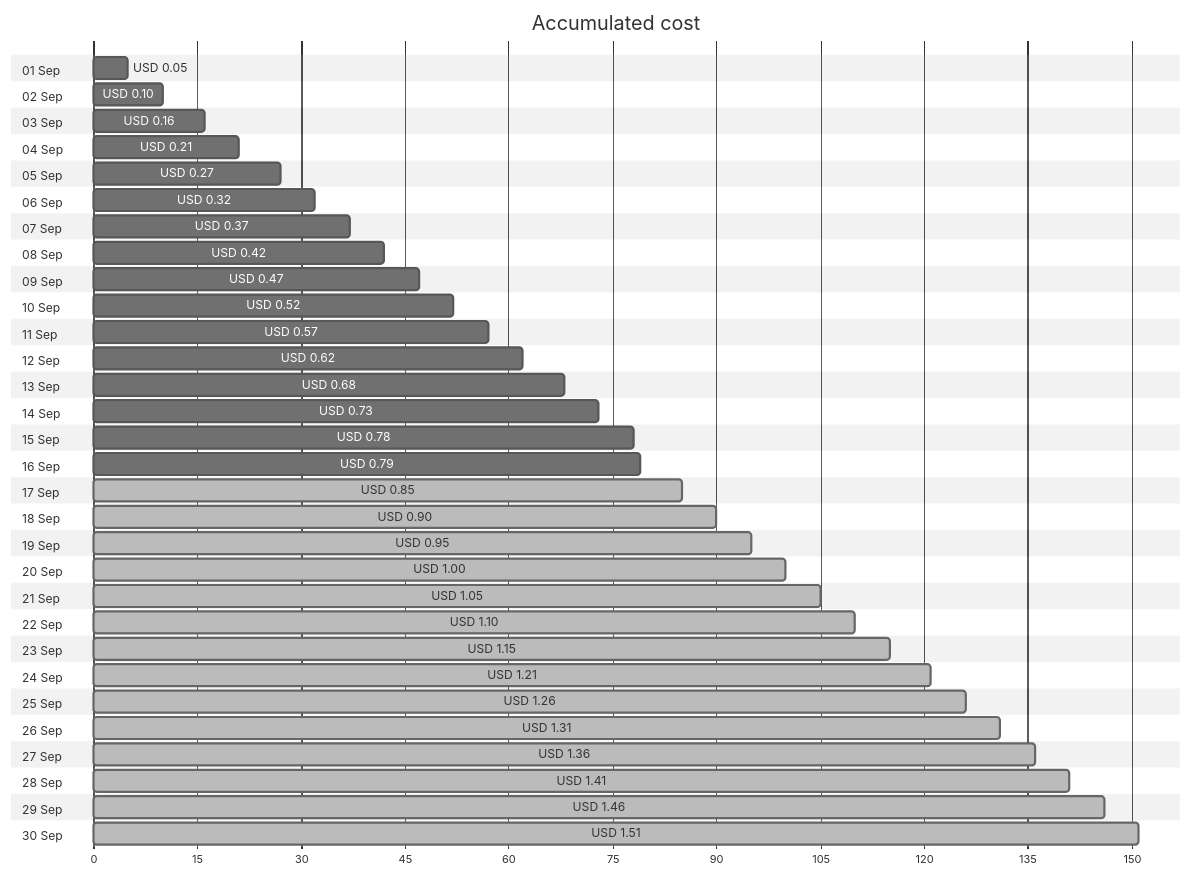
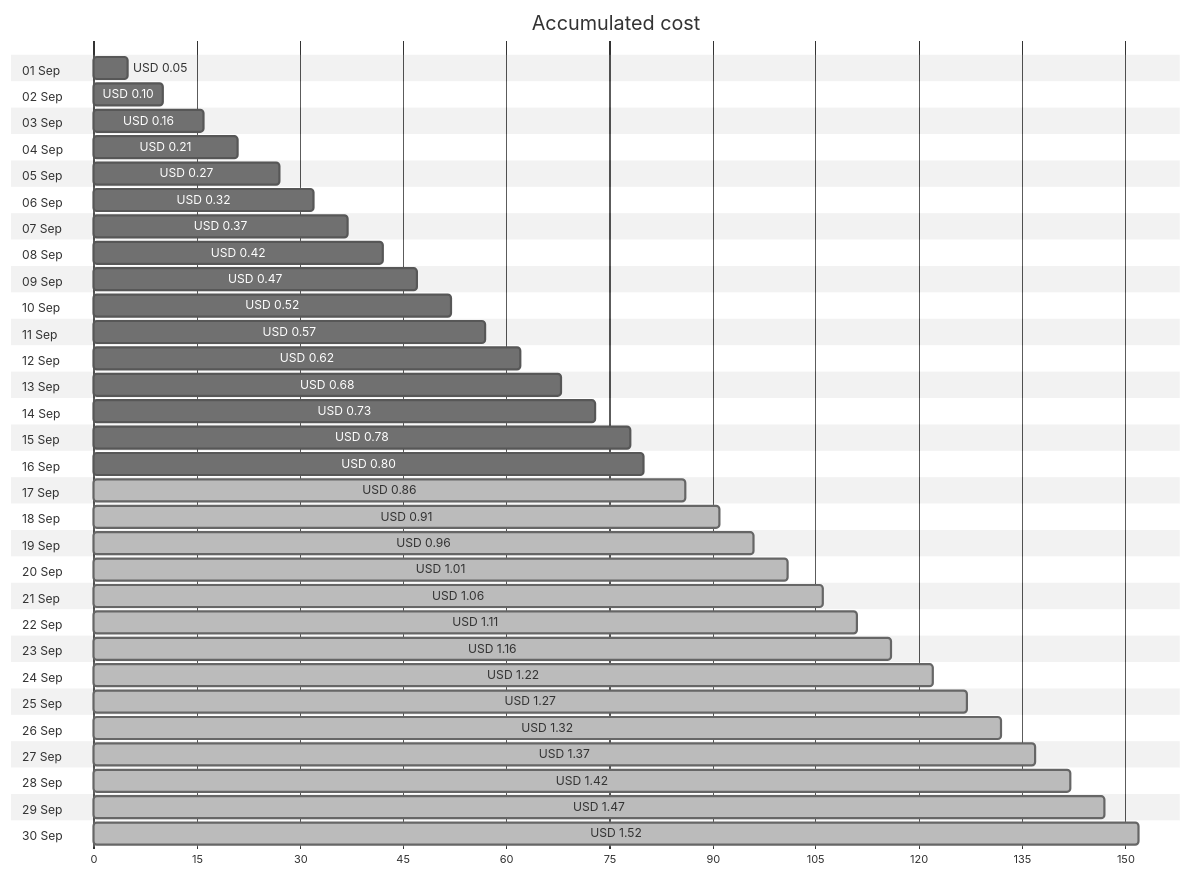
The first of 4 diagrams in cost-reports/personal-network/win-dev_OsDisk.md (jpfulton/azure-personal-reports), drawn with Mermaid (neutral theme) before and after one commit. The commit also changed other lines of this file and 16 other files, not shown here.

````diff
--- a/cost-reports/personal-network/win-dev_OsDisk.md
+++ b/cost-reports/personal-network/win-dev_OsDisk.md
@@ -20,66 +20,66 @@
 ```mermaid
 gantt
    title Accumulated cost
    dateFormat  X
    axisFormat %s
    section 01 Sep
    USD 0.05 :0, 5
    section 02 Sep
    USD 0.10 :0, 10
    section 03 Sep
    USD 0.16 :0, 16
    section 04 Sep
    USD 0.21 :0, 21
    section 05 Sep
    USD 0.27 :0, 27
    section 06 Sep
    USD 0.32 :0, 32
    section 07 Sep
    USD 0.37 :0, 37
    section 08 Sep
    USD 0.42 :0, 42
    section 09 Sep
    USD 0.47 :0, 47
    section 10 Sep
    USD 0.52 :0, 52
    section 11 Sep
    USD 0.57 :0, 57
    section 12 Sep
    USD 0.62 :0, 62
    section 13 Sep
    USD 0.68 :0, 68
    section 14 Sep
    USD 0.73 :0, 73
    section 15 Sep
    USD 0.78 :0, 78
    section 16 Sep
-   USD 0.79 :0, 79
+   USD 0.80 :0, 80
    section 17 Sep
-   USD 0.85 : done, 0, 85
+   USD 0.86 : done, 0, 86
    section 18 Sep
-   USD 0.90 : done, 0, 90
+   USD 0.91 : done, 0, 91
    section 19 Sep
-   USD 0.95 : done, 0, 95
+   USD 0.96 : done, 0, 96
    section 20 Sep
-   USD 1.00 : done, 0, 100
+   USD 1.01 : done, 0, 101
    section 21 Sep
-   USD 1.05 : done, 0, 105
+   USD 1.06 : done, 0, 106
    section 22 Sep
-   USD 1.10 : done, 0, 110
+   USD 1.11 : done, 0, 111
    section 23 Sep
-   USD 1.15 : done, 0, 115
+   USD 1.16 : done, 0, 116
    section 24 Sep
-   USD 1.21 : done, 0, 121
+   USD 1.22 : done, 0, 122
    section 25 Sep
-   USD 1.26 : done, 0, 126
+   USD 1.27 : done, 0, 127
    section 26 Sep
-   USD 1.31 : done, 0, 131
+   USD 1.32 : done, 0, 132
    section 27 Sep
-   USD 1.36 : done, 0, 136
+   USD 1.37 : done, 0, 137
    section 28 Sep
-   USD 1.41 : done, 0, 141
+   USD 1.42 : done, 0, 142
    section 29 Sep
-   USD 1.46 : done, 0, 146
+   USD 1.47 : done, 0, 147
    section 30 Sep
-   USD 1.51 : done, 0, 151
+   USD 1.52 : done, 0, 152
 ```
````
